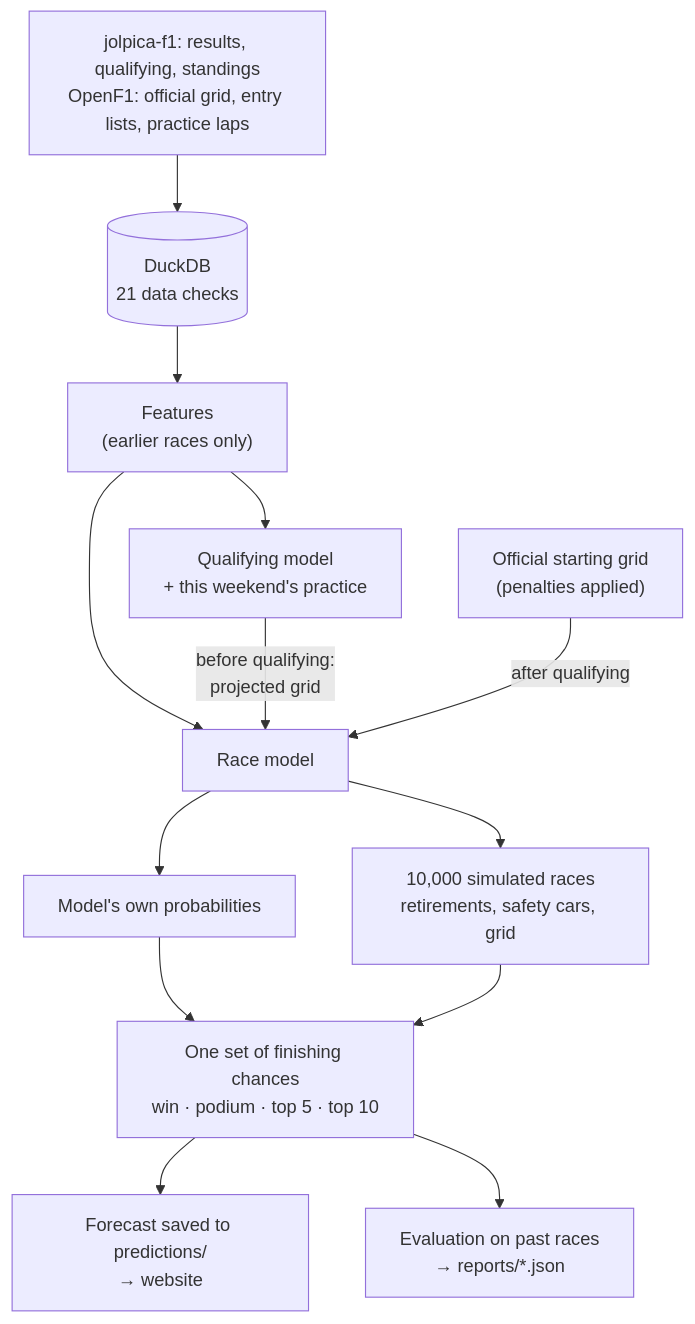
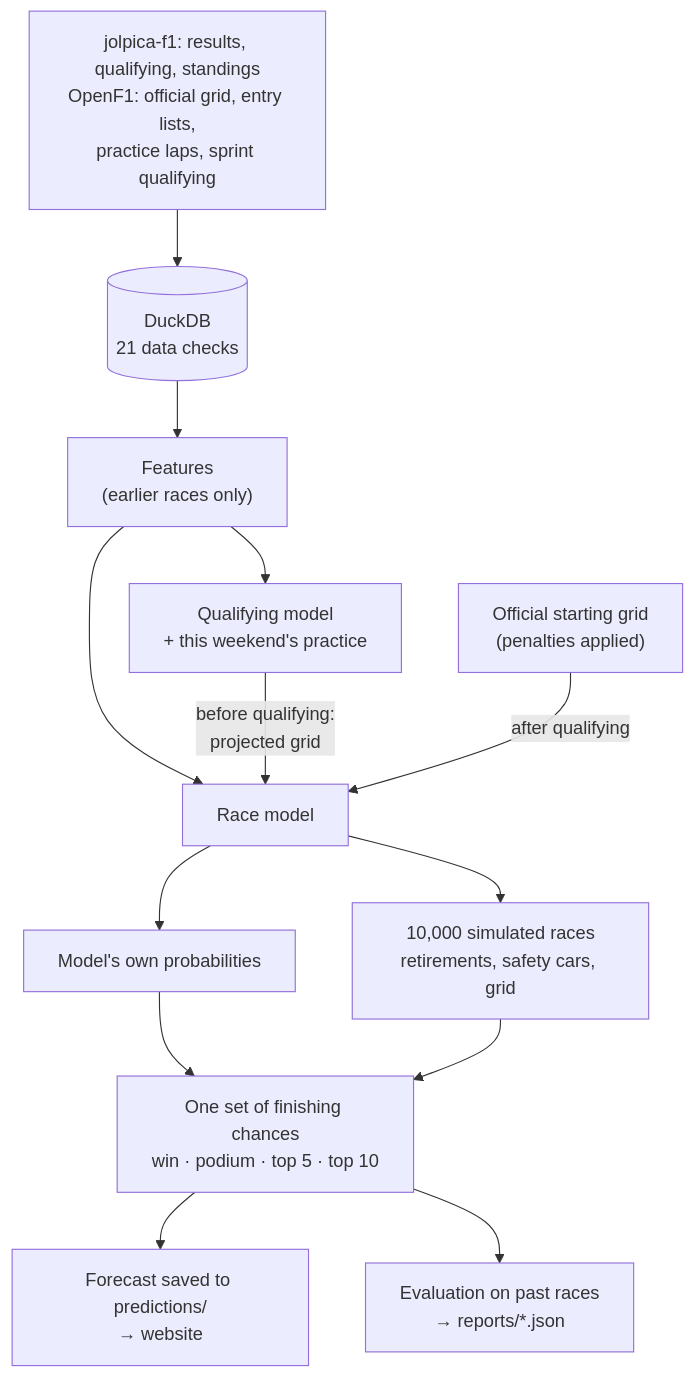
One commit to Parikshit06/f1pred changed the diagram in README.md. Above: the diagram before and after it, drawn with Mermaid. The commit also changed other lines of this file and 4 other files, not shown here.

````diff
--- a/README.md
+++ b/README.md
@@ -35,15 +35,15 @@
 ```mermaid
 flowchart TD
-    A["jolpica-f1: results, qualifying, standings<br/>OpenF1: official grid, entry lists, practice laps"] --> B[("DuckDB<br/>21 data checks")]
+    A["jolpica-f1: results, qualifying, standings<br/>OpenF1: official grid, entry lists,<br/>practice laps, sprint qualifying"] --> B[("DuckDB<br/>21 data checks")]
     B --> C["Features<br/>(earlier races only)"]
     C --> Q["Qualifying model<br/>+ this weekend's practice"]
     C --> R["Race model"]
     Q -- "before qualifying:<br/>projected grid" --> R
     G["Official starting grid<br/>(penalties applied)"] -- "after qualifying" --> R
     R --> P["Model's own probabilities"]
     R --> M["10,000 simulated races<br/>retirements, safety cars, grid"]
     P --> F["One set of finishing chances<br/>win · podium · top 5 · top 10"]
     M --> F
     F --> W["Forecast saved to predictions/<br/>→ website"]
     F --> E["Evaluation on past races<br/>→ reports/*.json"]
 ```
````
